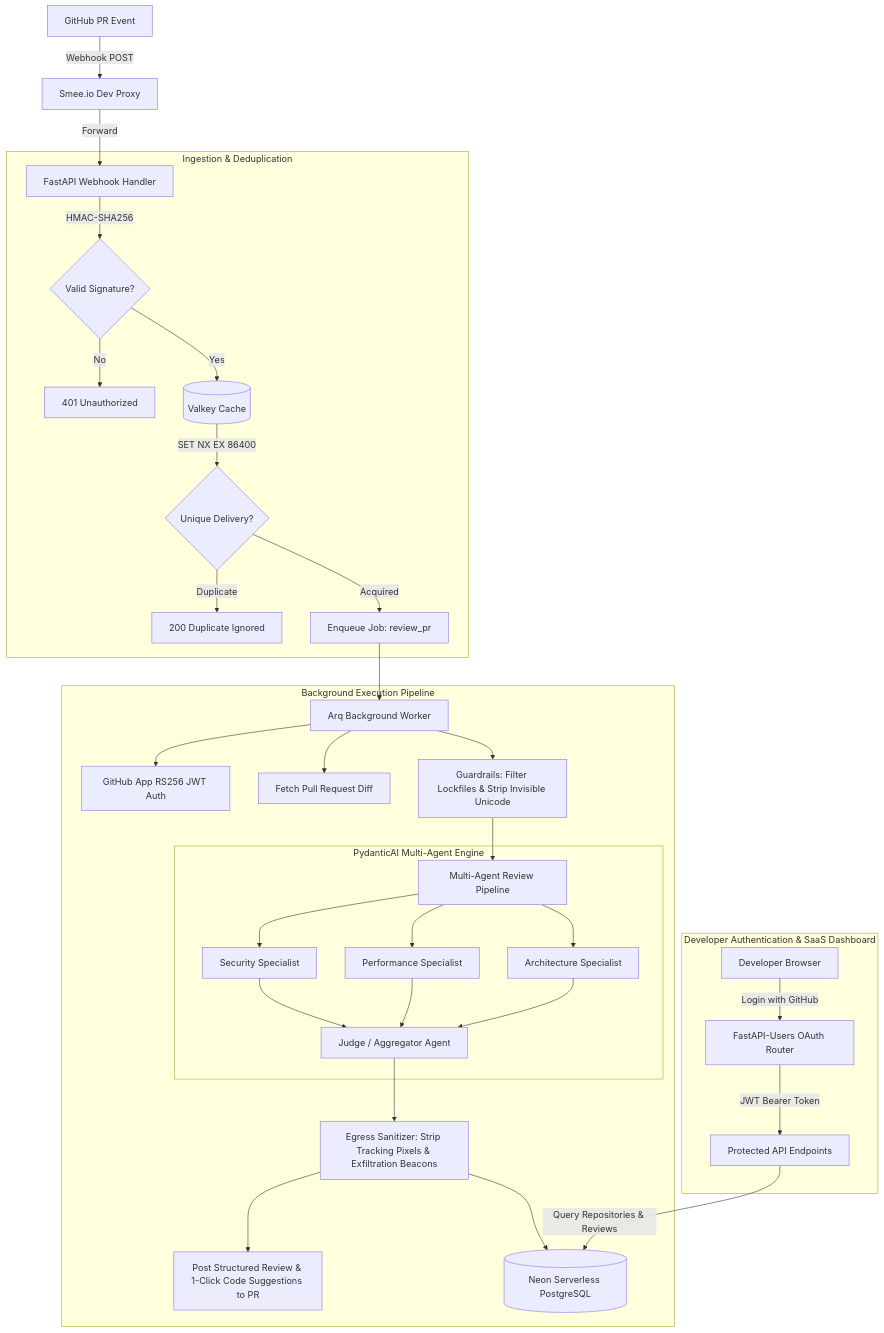
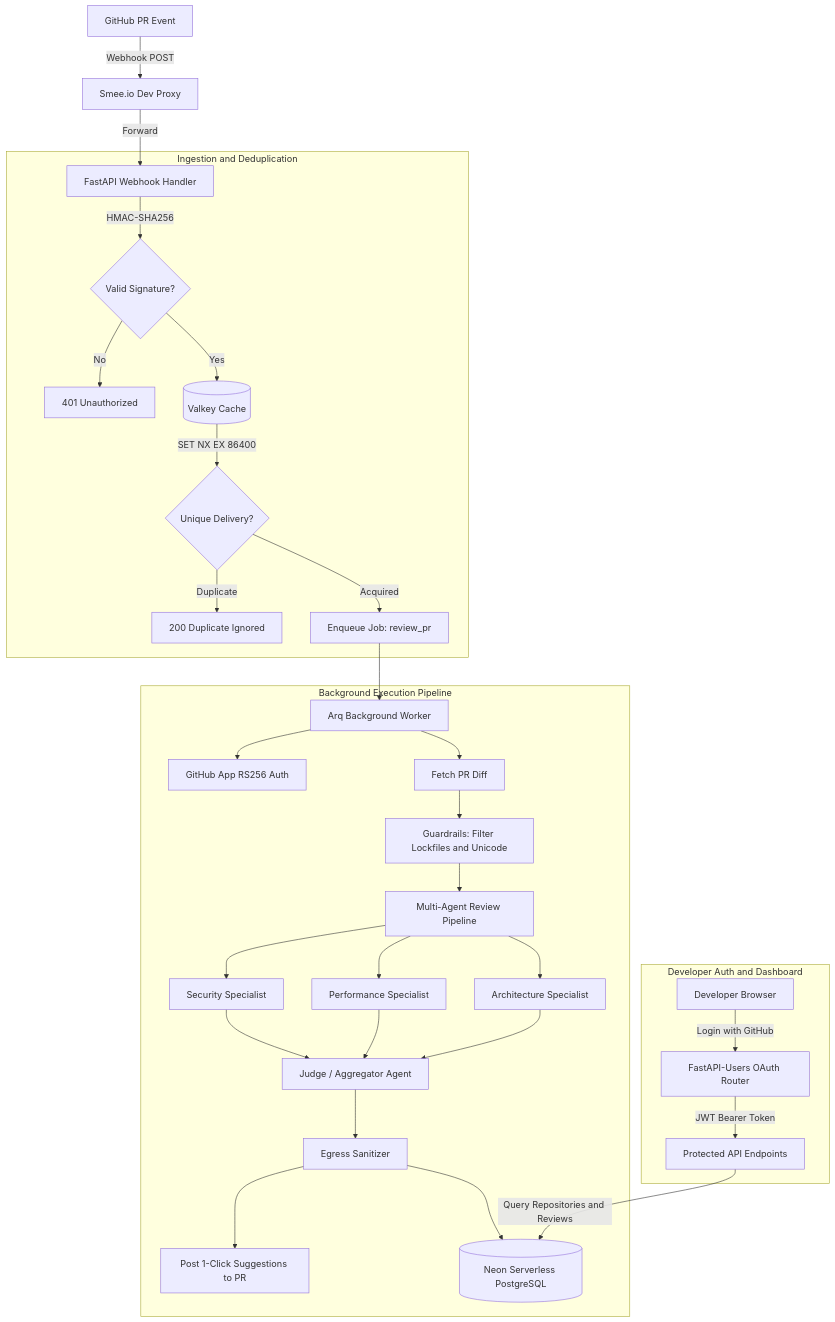
Before and after one commit to Izume01/diffly: the diagram in README.md, drawn with Mermaid.

Commit message:
docs: simplify mermaid diagram syntax to fix GitHub rendering

````diff
--- a/README.md
+++ b/README.md
@@ -11,39 +11,40 @@
 ```mermaid
 flowchart TD
-    GH[GitHub PR Event] -->|Webhook POST| SMEE[Smee.io Dev Proxy]
-    SMEE -->|Forward| API[FastAPI Webhook Handler]
+    GH["GitHub PR Event"] -->|Webhook POST| SMEE["Smee.io Dev Proxy"]
+    SMEE -->|Forward| API["FastAPI Webhook Handler"]
     
-    subgraph Ingestion & Deduplication
-        API -->|HMAC-SHA256| HMAC{Valid Signature?}
-        HMAC -->|No| R401[401 Unauthorized]
-        HMAC -->|Yes| VALKEY[(Valkey Cache)]
-        VALKEY -->|SET NX EX 86400| DEDUP{Unique Delivery?}
-        DEDUP -->|Duplicate| D200[200 Duplicate Ignored]
-        DEDUP -->|Acquired| QUEUE[Enqueue Job: review_pr]
+    subgraph INGEST ["Ingestion and Deduplication"]
+        API -->|HMAC-SHA256| HMAC{"Valid Signature?"}
+        HMAC -->|No| R401["401 Unauthorized"]
+        HMAC -->|Yes| VALKEY[("Valkey Cache")]
+        VALKEY -->|SET NX EX 86400| DEDUP{"Unique Delivery?"}
+        DEDUP -->|Duplicate| D200["200 Duplicate Ignored"]
+        DEDUP -->|Acquired| QUEUE["Enqueue Job: review_pr"]
     end
 
-    subgraph Background Execution Pipeline
-        QUEUE --> WORKER[Arq Background Worker]
-        WORKER --> TOKENS[GitHub App RS256 JWT Auth]
-        WORKER --> DIFF[Fetch Pull Request Diff]
-        WORKER --> GUARD[Guardrails: Filter Lockfiles & Strip Invisible Unicode]
+    subgraph WORKFLOW ["Background Execution Pipeline"]
+        QUEUE --> WORKER["Arq Background Worker"]
+        WORKER --> TOKENS["GitHub App RS256 Auth"]
+        WORKER --> DIFF["Fetch PR Diff"]
+        DIFF --> GUARD["Guardrails: Filter Lockfiles and Unicode"]
+        GUARD --> AGENTS["Multi-Agent Review Pipeline"]
         
-        GUARD --> AGENTS[Multi-Agent Review Pipeline]
-        subgraph PydanticAI Multi-Agent Engine
-            AGENTS --> S_SEC[Security Specialist]
-            AGENTS --> S_PERF[Performance Specialist]
-            AGENTS --> S_ARCH[Architecture Specialist]
-            S_SEC & S_PERF & S_ARCH --> AGG[Judge / Aggregator Agent]
-        end
+        AGENTS --> S_SEC["Security Specialist"]
+        AGENTS --> S_PERF["Performance Specialist"]
+        AGENTS --> S_ARCH["Architecture Specialist"]
+        
+        S_SEC --> AGG["Judge / Aggregator Agent"]
+        S_PERF --> AGG
+        S_ARCH --> AGG
 
-        AGG --> SANITIZE[Egress Sanitizer: Strip Tracking Pixels & Exfiltration Beacons]
-        SANITIZE --> POST[Post Structured Review & 1-Click Code Suggestions to PR]
-        SANITIZE --> DB[(Neon Serverless PostgreSQL)]
+        AGG --> SANITIZE["Egress Sanitizer"]
+        SANITIZE --> POST["Post 1-Click Suggestions to PR"]
+        SANITIZE --> DB[("Neon Serverless PostgreSQL")]
     end
 
-    subgraph Developer Authentication & SaaS Dashboard
-        USER[Developer Browser] -->|Login with GitHub| AUTH_ROUTER[FastAPI-Users OAuth Router]
-        AUTH_ROUTER -->|JWT Bearer Token| SECURE_API[Protected API Endpoints]
-        SECURE_API -->|Query Repositories & Reviews| DB
+    subgraph AUTH ["Developer Auth and Dashboard"]
+        USER["Developer Browser"] -->|Login with GitHub| AUTH_ROUTER["FastAPI-Users OAuth Router"]
+        AUTH_ROUTER -->|JWT Bearer Token| SECURE_API["Protected API Endpoints"]
+        SECURE_API -->|Query Repositories and Reviews| DB
     end
 ```
````
